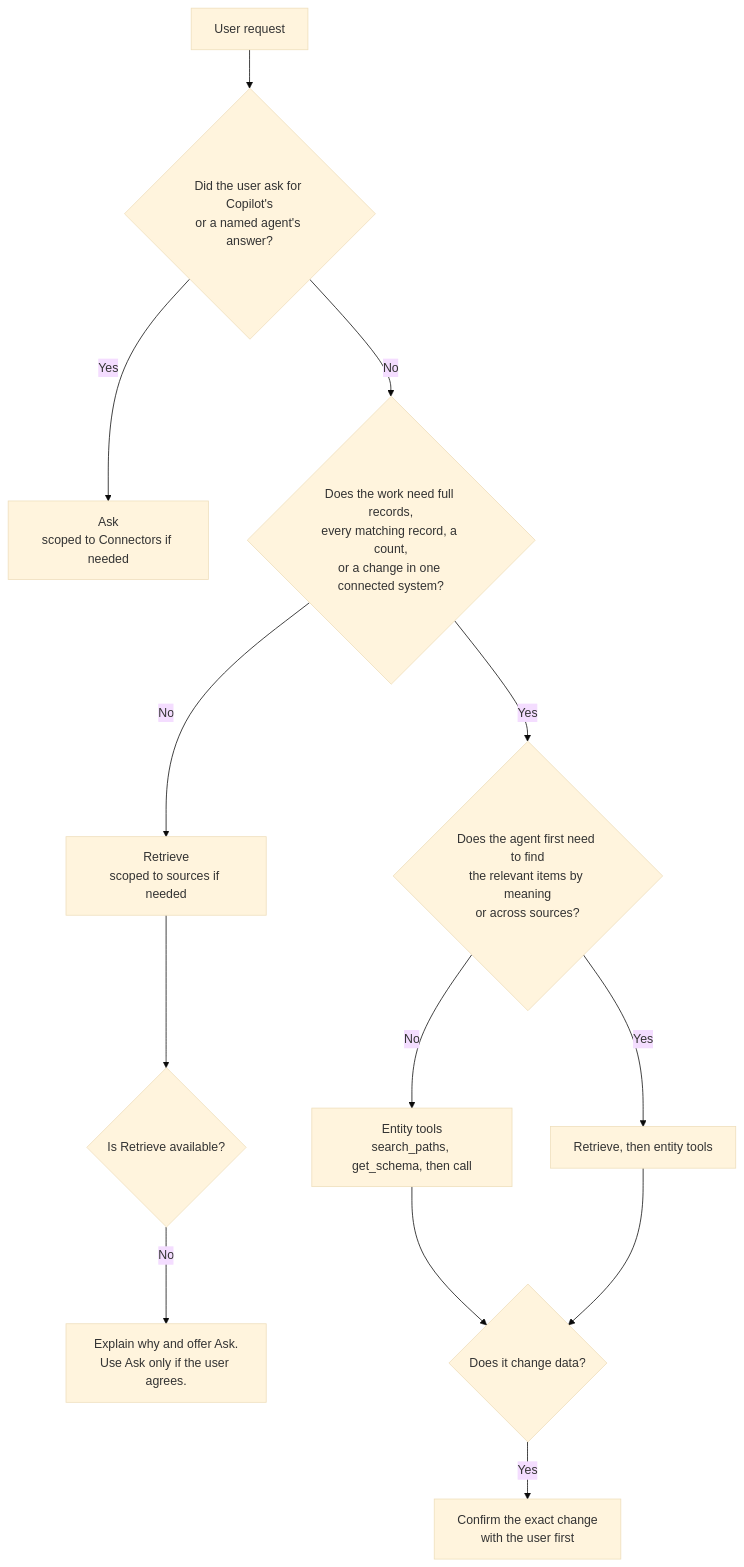
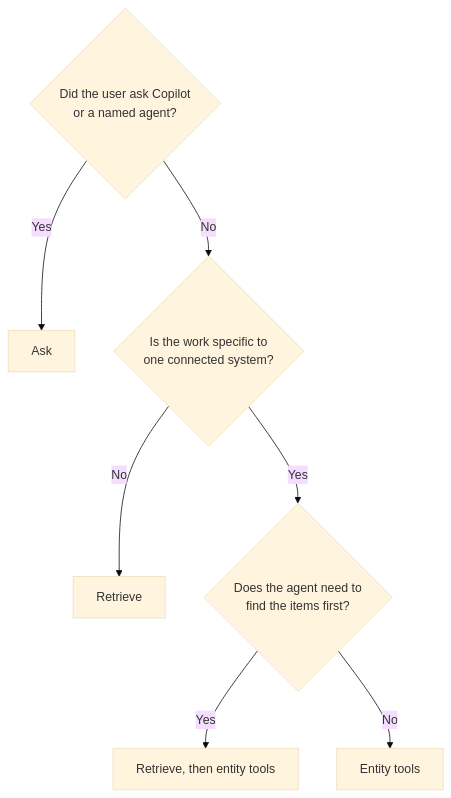
The diagram in docs/connectors-usage-guidance.md (SuryaMSFT/work-iq), drawn with Mermaid (base theme) before and after one commit.

Commit message:
docs: simplify decision flowchart

````diff
--- a/docs/connectors-usage-guidance.md
+++ b/docs/connectors-usage-guidance.md
@@ -60,15 +60,10 @@
 ```mermaid
 flowchart TD
-    A[User request] --> B{Did the user ask for Copilot's<br/>or a named agent's answer?}
-    B -- Yes --> ASK[Ask<br/>scoped to Connectors if needed]
-    B -- No --> C{Does the work need full records,<br/>every matching record, a count,<br/>or a change in one connected system?}
-    C -- No --> RET[Retrieve<br/>scoped to sources if needed]
-    C -- Yes --> D{Does the agent first need to find<br/>the relevant items by meaning<br/>or across sources?}
-    D -- Yes --> RT[Retrieve, then entity tools]
-    D -- No --> ET[Entity tools<br/>search_paths, get_schema, then call]
-    RET --> E{Is Retrieve available?}
-    E -- No --> F[Explain why and offer Ask.<br/>Use Ask only if the user agrees.]
-    ET --> G{Does it change data?}
-    RT --> G
-    G -- Yes --> H[Confirm the exact change<br/>with the user first]
+    Q1{"Did the user ask Copilot<br/>or a named agent?"}
+    Q1 -->|Yes| ASK["Ask"]
+    Q1 -->|No| Q2{"Is the work specific to<br/>one connected system?"}
+    Q2 -->|No| RET["Retrieve"]
+    Q2 -->|Yes| Q3{"Does the agent need to<br/>find the items first?"}
+    Q3 -->|Yes| BOTH["Retrieve, then entity tools"]
+    Q3 -->|No| ET["Entity tools"]
 ```
````
